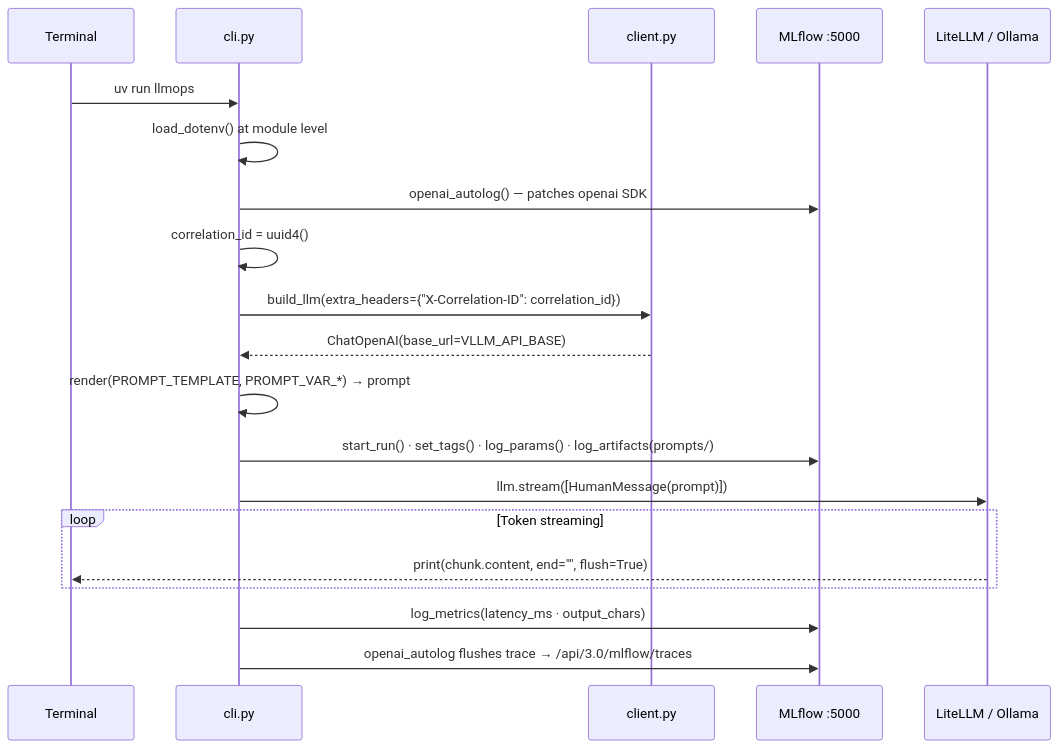
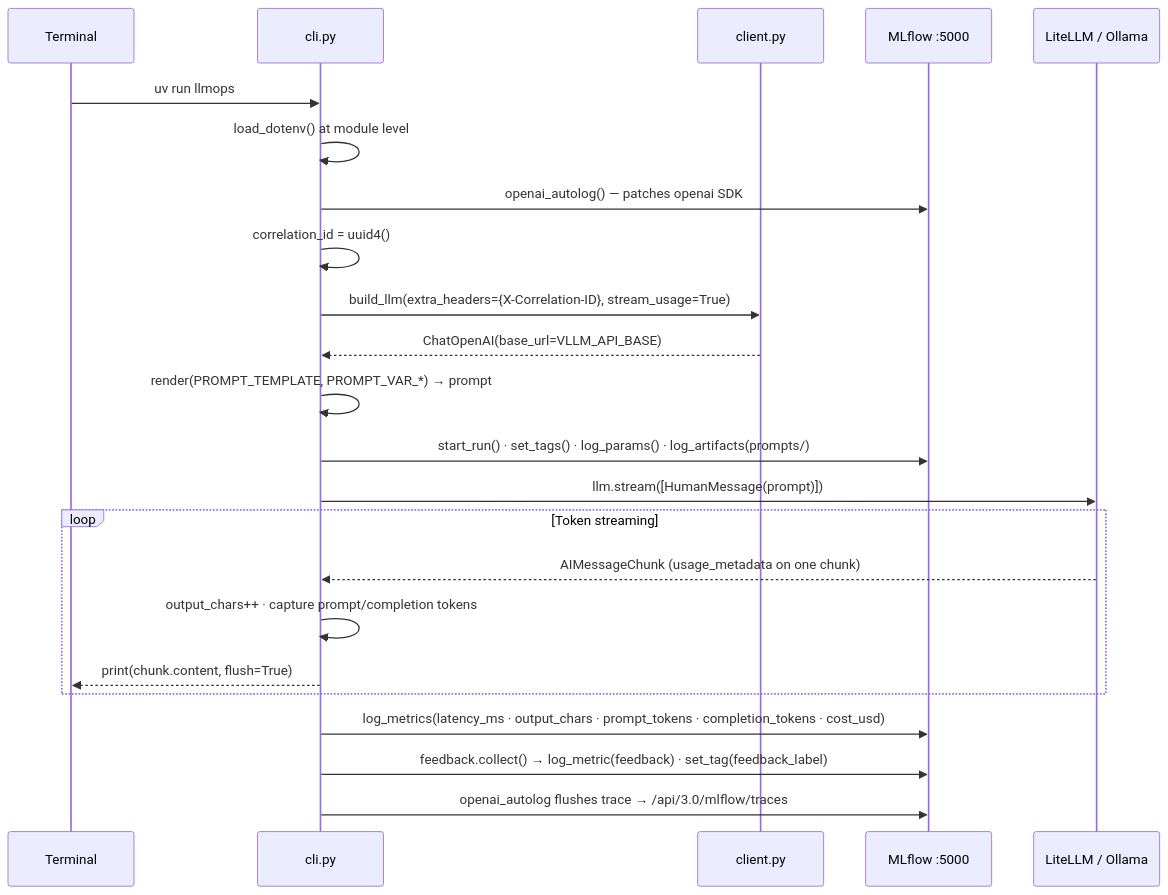
One commit to ayushsoni1010/vllmops changed the fourth of 5 diagrams in ARCHITECTURE.md. Above: the diagram before and after it, drawn with Mermaid. The commit also changed other lines of this file and 1 other file, not shown here.

Commit message:
docs: sync architecture inline diagrams and readme with current state
ARCHITECTURE.md: update inline system-architecture diagram to include
llmops-register node and updated MLflow label; update inline CLI flow
diagram to show stream_usage=True, token capture in loop, all five
metrics, and feedback.collect() step.

README.md: add Human Feedback section with interactive prompt example,
FEEDBACK env var usage, and DPO dataset export snippet.

````diff
--- a/ARCHITECTURE.md
+++ b/ARCHITECTURE.md
@@ -120,23 +122,26 @@
 ```mermaid
 sequenceDiagram
     participant U  as Terminal
     participant C  as cli.py
     participant B  as client.py
     participant ML as MLflow :5000
     participant L  as LiteLLM / Ollama
 
     U  ->> C  : uv run llmops
     C  ->> C  : load_dotenv() at module level
     C  ->> ML : openai_autolog() — patches openai SDK
     C  ->> C  : correlation_id = uuid4()
-    C  ->> B  : build_llm(extra_headers={"X-Correlation-ID": correlation_id})
+    C  ->> B  : build_llm(extra_headers={X-Correlation-ID}, stream_usage=True)
     B  -->> C : ChatOpenAI(base_url=VLLM_API_BASE)
     C  ->> C  : render(PROMPT_TEMPLATE, PROMPT_VAR_*) → prompt
     C  ->> ML : start_run() · set_tags() · log_params() · log_artifacts(prompts/)
     C  ->> L  : llm.stream([HumanMessage(prompt)])
     loop Token streaming
-        L  -->> U : print(chunk.content, end="", flush=True)
+        L  -->> C  : AIMessageChunk (usage_metadata on one chunk)
+        C  ->> C  : output_chars++ · capture prompt/completion tokens
+        C  -->> U : print(chunk.content, flush=True)
     end
-    C  ->> ML : log_metrics(latency_ms · output_chars)
+    C  ->> ML : log_metrics(latency_ms · output_chars · prompt_tokens · completion_tokens · cost_usd)
+    C  ->> ML : feedback.collect() → log_metric(feedback) · set_tag(feedback_label)
     C  ->> ML : openai_autolog flushes trace → /api/3.0/mlflow/traces
 ```
````
